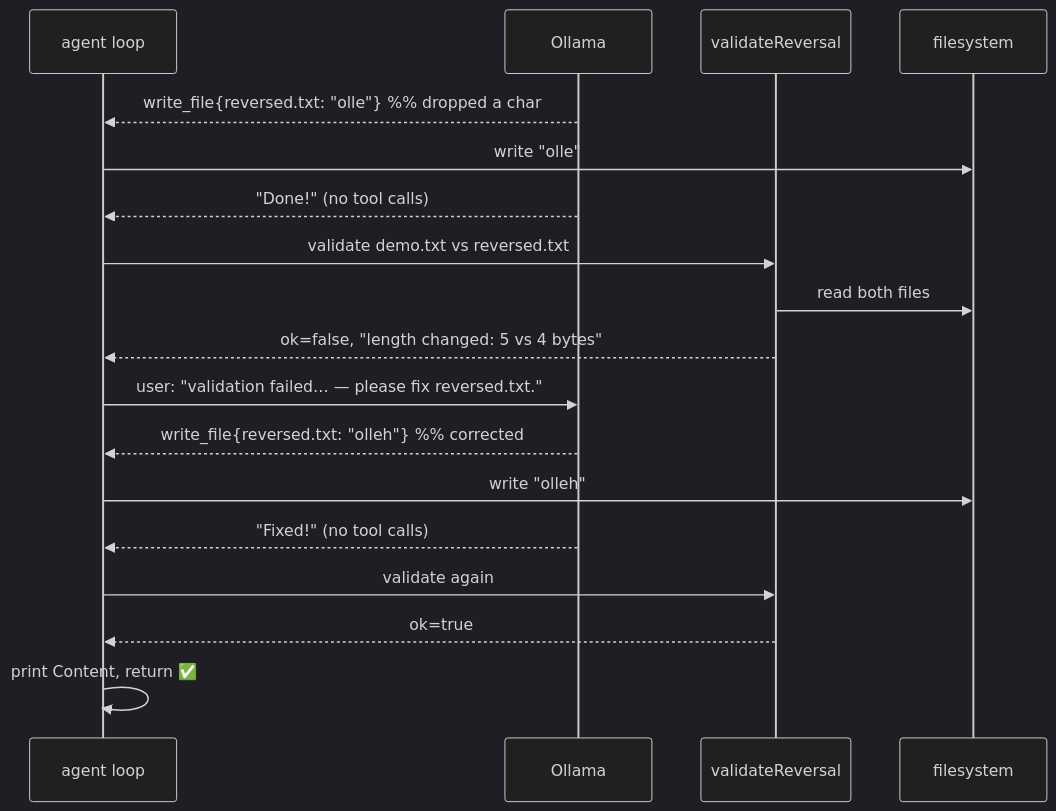
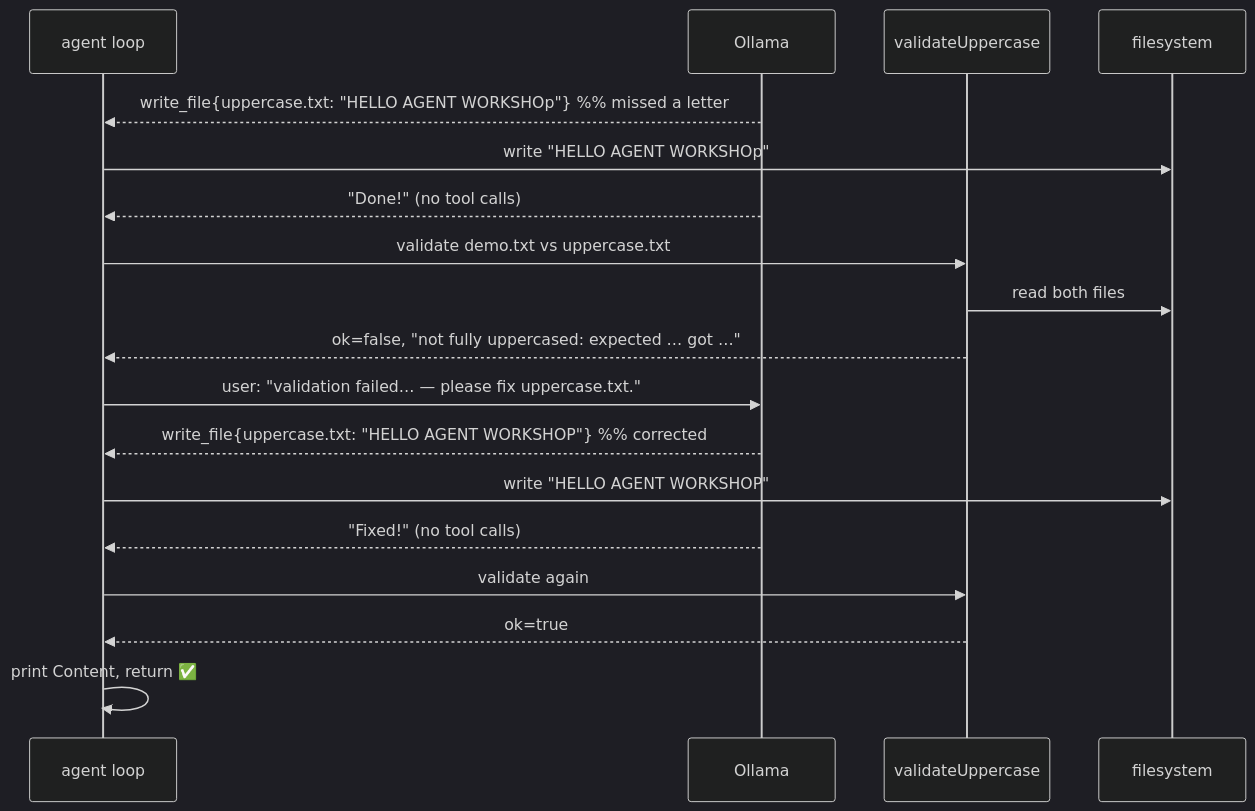
One commit to tclaudel/agent_workshop changed the second of 2 diagrams in milestone-4/docs.md. Above: the diagram before and after it, drawn with Mermaid (dark theme). The commit also changed other lines of this file and 10 other files, not shown here.

````diff
--- a/milestone-4/docs.md
+++ b/milestone-4/docs.md
@@ -105,21 +104,21 @@
 ```mermaid
 sequenceDiagram
     participant A as agent loop
     participant O as Ollama
-    participant V as validateReversal
+    participant V as validateUppercase
     participant FS as filesystem
 
-    O-->>A: write_file{reversed.txt: "olle"}  %% dropped a char
-    A->>FS: write "olle"
+    O-->>A: write_file{uppercase.txt: "HELLO AGENT WORKSHOp"}  %% missed a letter
+    A->>FS: write "HELLO AGENT WORKSHOp"
     O-->>A: "Done!" (no tool calls)
-    A->>V: validate demo.txt vs reversed.txt
+    A->>V: validate demo.txt vs uppercase.txt
     V->>FS: read both files
-    V-->>A: ok=false, "length changed: 5 vs 4 bytes"
-    A->>O: user: "validation failed… — please fix reversed.txt."
-    O-->>A: write_file{reversed.txt: "olleh"}  %% corrected
-    A->>FS: write "olleh"
+    V-->>A: ok=false, "not fully uppercased: expected … got …"
+    A->>O: user: "validation failed… — please fix uppercase.txt."
+    O-->>A: write_file{uppercase.txt: "HELLO AGENT WORKSHOP"}  %% corrected
+    A->>FS: write "HELLO AGENT WORKSHOP"
     O-->>A: "Fixed!" (no tool calls)
     A->>V: validate again
     V-->>A: ok=true
     A->>A: print Content, return ✅
 ```
````
